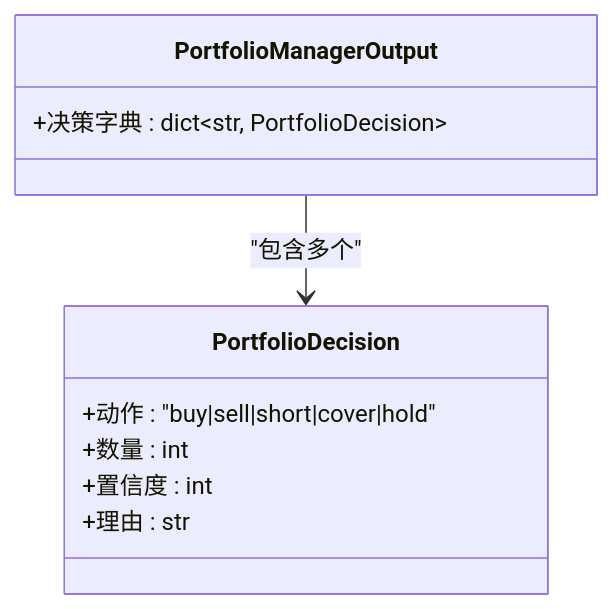
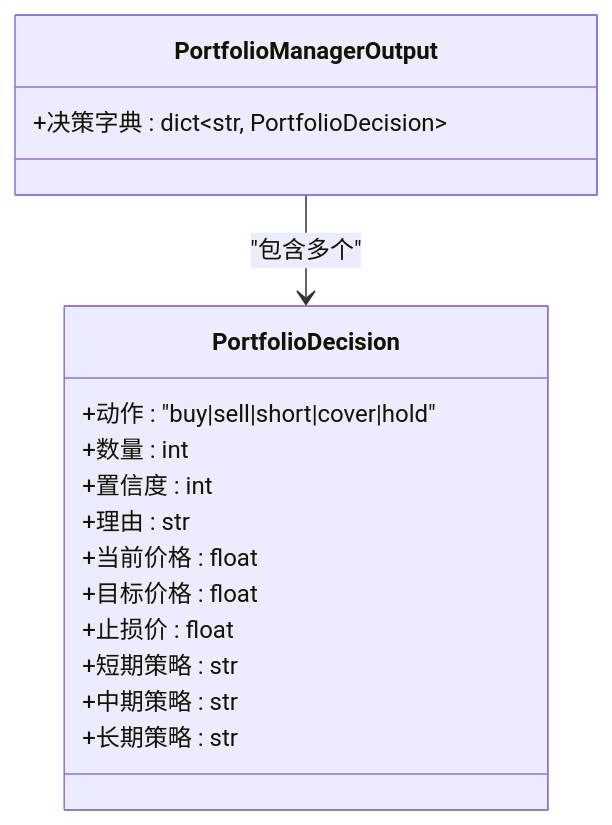
The third of 7 diagrams in .qoder/repowiki/zh/content/多智能体系统/组合管理智能体.md (lichen14-hash/ai-hedge-fund), drawn with Mermaid before and after one commit. The commit also changed other lines of this file and 24 other files, not shown here.

````diff
--- a/.qoder/repowiki/zh/content/多智能体系统/组合管理智能体.md
+++ b/.qoder/repowiki/zh/content/多智能体系统/组合管理智能体.md
@@ -113,13 +139,19 @@
 ```mermaid
 classDiagram
 class PortfolioDecision {
 +动作 : "buy|sell|short|cover|hold"
 +数量 : int
 +置信度 : int
 +理由 : str
++当前价格 : float
++目标价格 : float
++止损价 : float
++短期策略 : str
++中期策略 : str
++长期策略 : str
 }
 class PortfolioManagerOutput {
 +决策字典 : dict~str, PortfolioDecision~
 }
 PortfolioManagerOutput --> PortfolioDecision : "包含多个"
 ```
````
